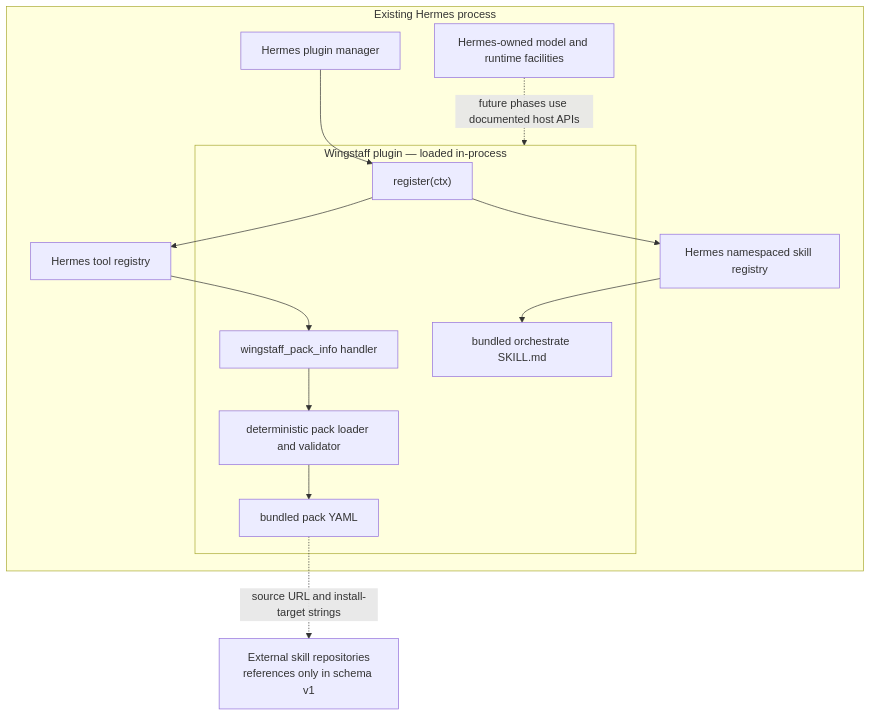
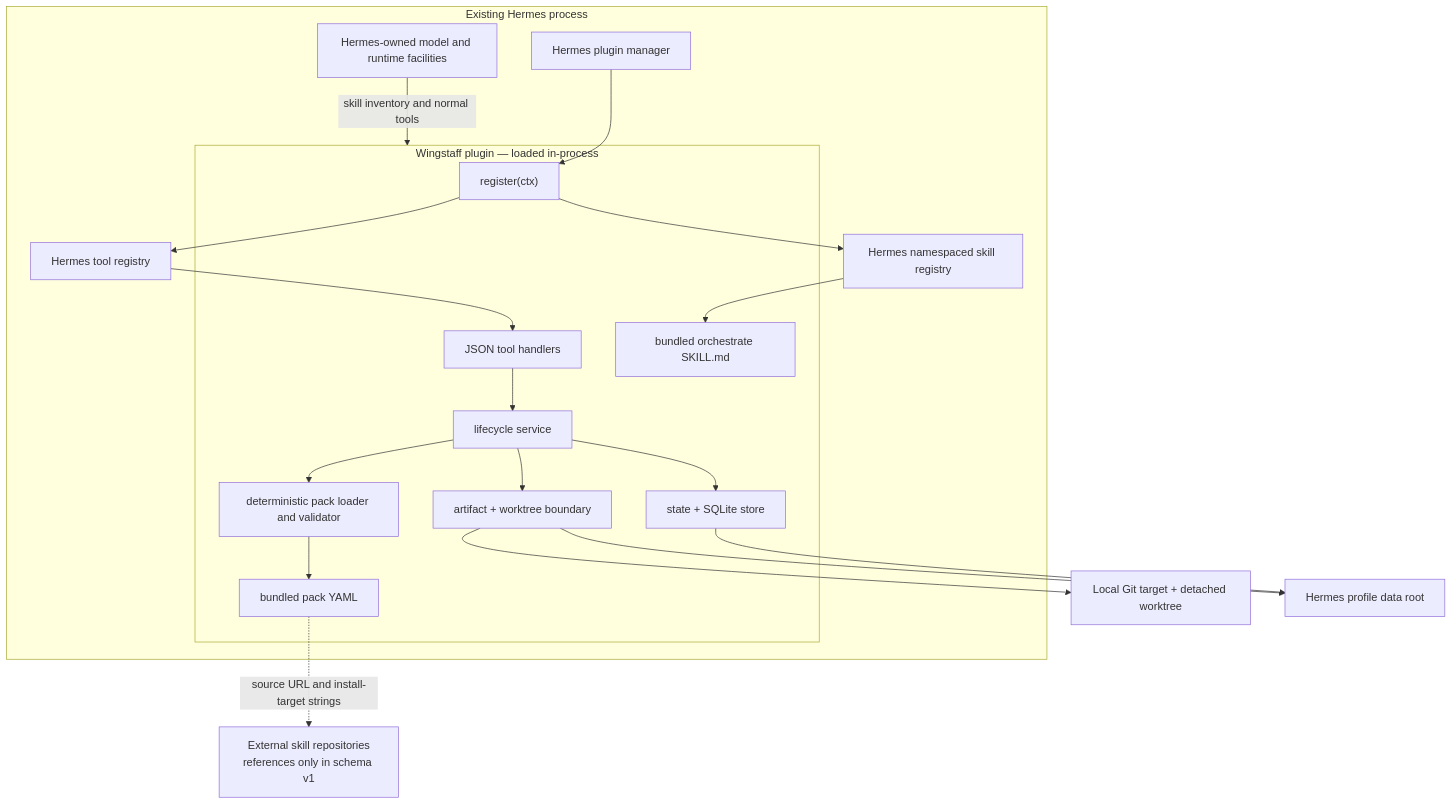
Before and after one commit to forgegod/daidala: the first of 2 diagrams in docs/01-architecture.md, drawn with Mermaid. The commit also changed other lines of this file and 20 other files, not shown here.

````diff
--- a/docs/01-architecture.md
+++ b/docs/01-architecture.md
@@ -16,29 +16,40 @@
 ```mermaid
 flowchart TB
     subgraph H["Existing Hermes process"]
         PM["Hermes plugin manager"]
         TR["Hermes tool registry"]
         SR["Hermes namespaced skill registry"]
         HOST["Hermes-owned model and runtime facilities"]
 
         subgraph W["Wingstaff plugin — loaded in-process"]
             REG["register(ctx)"]
-            TOOL["wingstaff_pack_info handler"]
+            TOOL["JSON tool handlers"]
             PACK["deterministic pack loader and validator"]
+            SERVICE["lifecycle service"]
+            STATE["state + SQLite store"]
+            EXEC["artifact + worktree boundary"]
             SKILL["bundled orchestrate SKILL.md"]
             YAML["bundled pack YAML"]
         end
 
         PM --> REG
         REG --> TR
         REG --> SR
         TR --> TOOL
-        TOOL --> PACK
+        TOOL --> SERVICE
+        SERVICE --> PACK
+        SERVICE --> STATE
+        SERVICE --> EXEC
         PACK --> YAML
         SR --> SKILL
-        HOST -."future phases use documented host APIs".-> W
+        HOST -->|"skill inventory and normal tools"| W
     end
 
+    TARGET["Local Git target + detached worktree"]
+    DATA["Hermes profile data root"]
     EXT["External skill repositories<br>references only in schema v1"]
+    EXEC --> TARGET
+    STATE --> DATA
+    EXEC --> DATA
     YAML -."source URL and install-target strings".-> EXT
 ```
````
